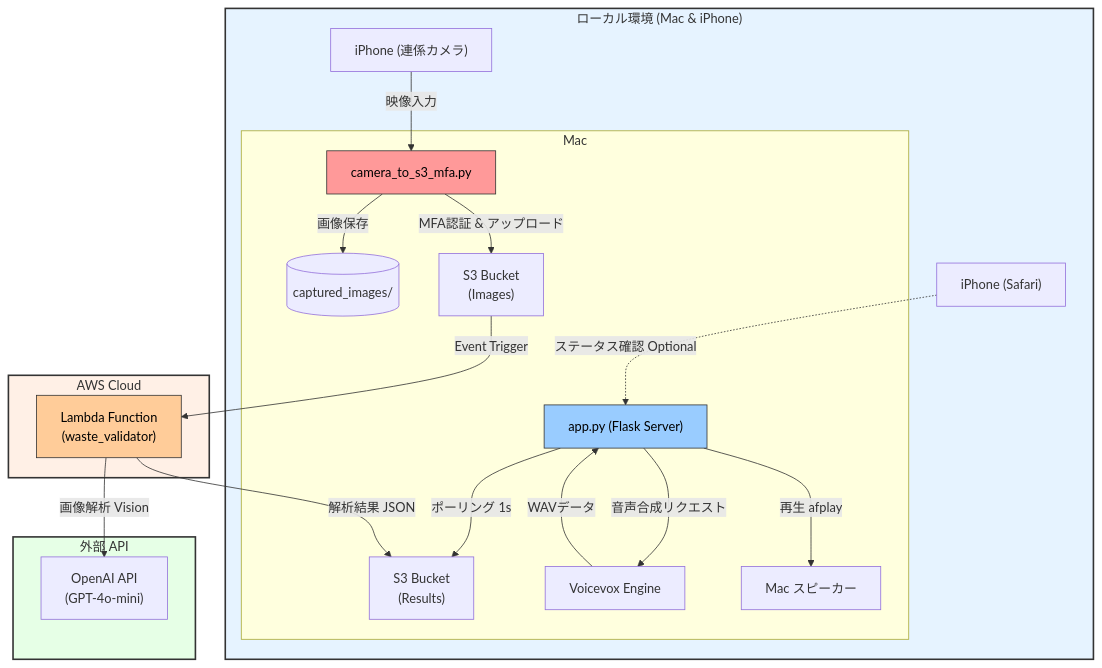
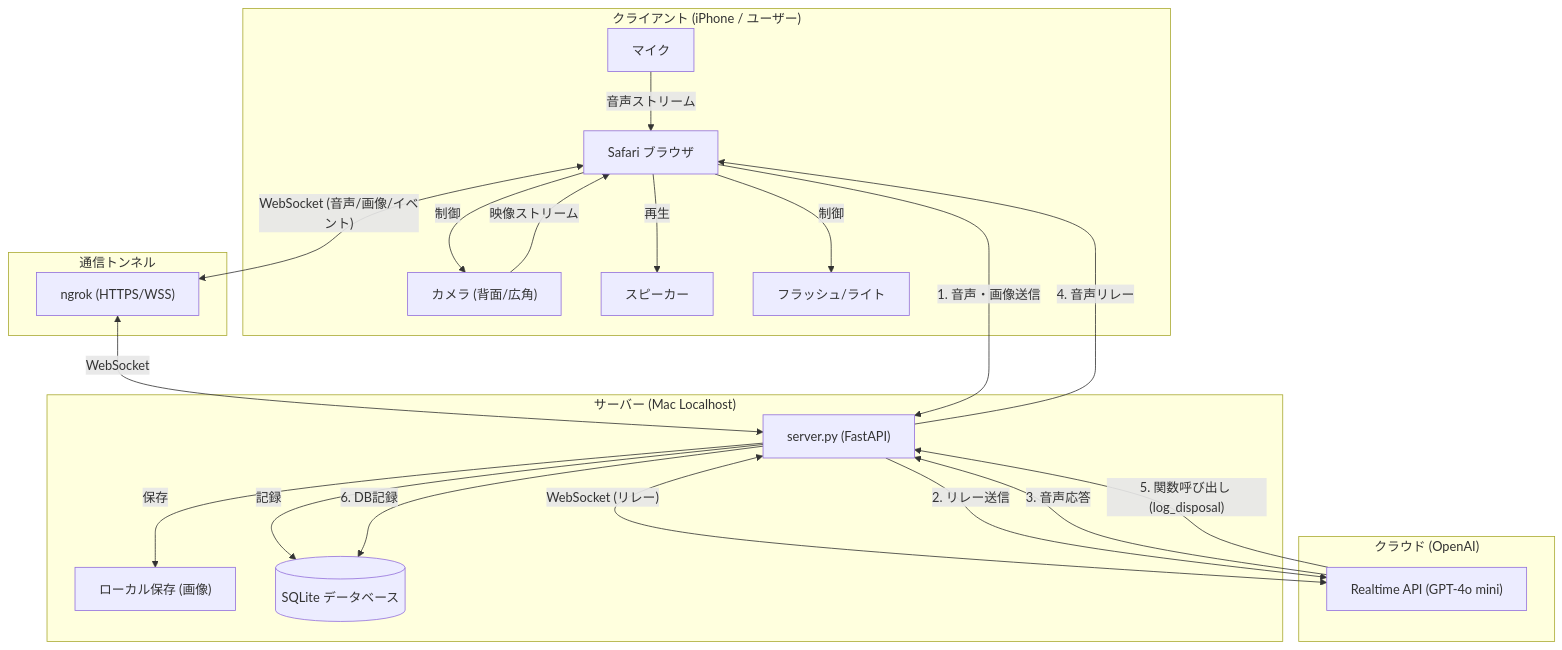
One commit to yamayuu18/wackathon-2025 changed the diagram in doc/system_architecture.md. Above: the diagram before and after it, drawn with Mermaid. The commit also changed other lines of this file and 2832 other files, not shown here.

Commit message:
feat: Implement Web App version with Realtime API and refactor legacy code

````diff
--- a/doc/system_architecture.md
+++ b/doc/system_architecture.md
@@ -3,36 +9,48 @@
 ```mermaid
 graph TD
-    subgraph local["ローカル環境 (Mac & iPhone)"]
-        iPhone_Cam["iPhone (連係カメラ)"] -->|映像入力| Script_Camera[camera_to_s3_mfa.py]
+    subgraph Client ["クライアント (iPhone / ユーザー)"]
+        Browser["Safari ブラウザ"]
+        Camera["カメラ (背面/広角)"]
+        Mic["マイク"]
+        Speaker["スピーカー"]
+        Flash["フラッシュ/ライト"]
         
-        subgraph mac[Mac]
-            Script_Camera -->|画像保存| Local_Images[("captured_images/")]
-            Script_Camera -->|MFA認証 & アップロード| S3_Images
-            
-            Script_App["app.py (Flask Server)"] -->|ポーリング 1s| S3_Results
-            Script_App -->|音声合成リクエスト| Voicevox["Voicevox Engine"]
-            Voicevox -->|WAVデータ| Script_App
-            Script_App -->|再生 afplay| Mac_Speaker["Mac スピーカー"]
-        end
-        
-        iPhone_Browser["iPhone (Safari)"] -.->|ステータス確認 Optional| Script_App
+        Browser -->|制御| Camera
+        Browser -->|制御| Flash
+        Camera -->|映像ストリーム| Browser
+        Mic -->|音声ストリーム| Browser
     end
 
-    subgraph aws[AWS Cloud]
-        S3_Images["S3 Bucket\n(Images)"] -->|Event Trigger| Lambda["Lambda Function\n(waste_validator)"]
-        Lambda -->|解析結果 JSON| S3_Results["S3 Bucket\n(Results)"]
+    subgraph Tunnel ["通信トンネル"]
+        Ngrok["ngrok (HTTPS/WSS)"]
     end
 
-    subgraph api[外部 API]
-        Lambda -->|画像解析 Vision| OpenAI["OpenAI API\n(GPT-4o-mini)"]
+    subgraph Server ["サーバー (Mac Localhost)"]
+        FastAPI["server.py (FastAPI)"]
+        FileSystem["ローカル保存 (画像)"]
+        SQLite[("SQLite データベース")]
+        
+        FastAPI -->|保存| FileSystem
+        FastAPI -->|記録| SQLite
     end
 
-    %% Styling
-    style local fill:#e6f3ff,stroke:#333,stroke-width:2px
-    style aws fill:#fff0e6,stroke:#333,stroke-width:2px
-    style api fill:#e6ffe6,stroke:#333,stroke-width:2px
-    
-    style Script_Camera fill:#ff9999,stroke:#333,color:black
-    style Script_App fill:#99ccff,stroke:#333,color:black
-    style Lambda fill:#ffcc99,stroke:#333,color:black
+    subgraph Cloud ["クラウド (OpenAI)"]
+        RealtimeAPI["Realtime API (GPT-4o mini)"]
+    end
+
+    %% データフロー
+    Browser <-->|"WebSocket (音声/画像/イベント)"| Ngrok
+    Ngrok <-->|WebSocket| FastAPI
+    FastAPI <-->|"WebSocket (リレー)"| RealtimeAPI
+
+    %% 詳細なやり取り
+    Browser -- "1. 音声・画像送信" --> FastAPI
+    FastAPI -- "2. リレー送信" --> RealtimeAPI
+    RealtimeAPI -- "3. 音声応答" --> FastAPI
+    FastAPI -- "4. 音声リレー" --> Browser
+    Browser -->|再生| Speaker
+
+    %% Function Calling
+    RealtimeAPI -- "5. 関数呼び出し (log_disposal)" --> FastAPI
+    FastAPI -- "6. DB記録" --> SQLite
 ```
````
